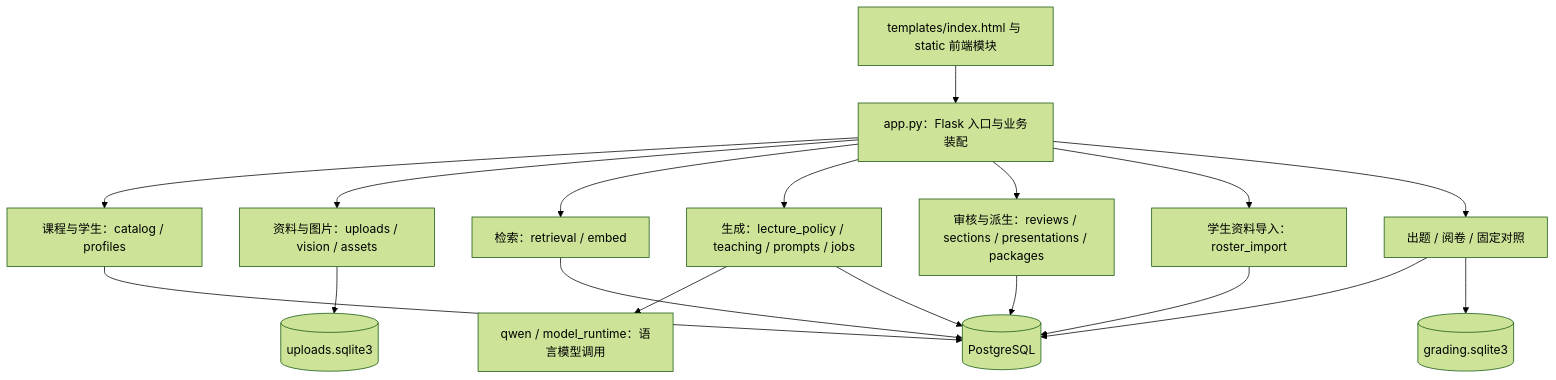
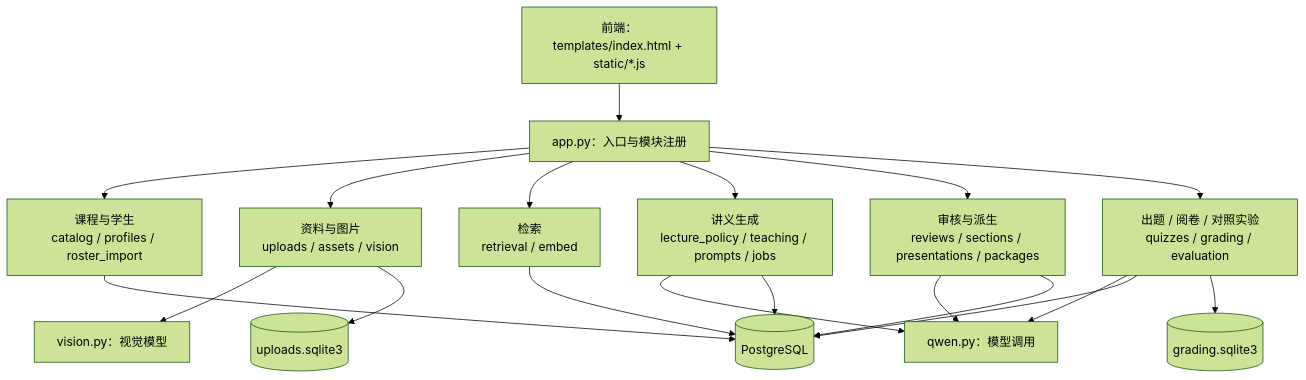
One commit to qweasdqwe11113-crypto/Personalized-lecture-notes changed the first of 5 diagrams in project_map.md. Above: the diagram before and after it, drawn with Mermaid (forest theme). The commit also changed other lines of this file and 9 other files, not shown here.

First line of the commit message:
精简文档：重写 README 与 project_map，细节移入 docs/features.md，修复图表语法

````diff
--- a/project_map.md
+++ b/project_map.md
@@ -9,20 +9,21 @@
 ```mermaid
 flowchart TD
-    UI[templates/index.html 与 static 前端模块] --> APP[app.py：Flask 入口与业务装配]
-    APP --> CT[课程与学生：catalog / profiles]
-    APP --> UP[资料与图片：uploads / vision / assets]
-    APP --> RT[检索：retrieval / embed]
-    APP --> GEN[生成：lecture_policy / teaching / prompts / jobs]
-    GEN --> LLM[qwen / model_runtime：语言模型调用]
-    APP --> OUT[审核与派生：reviews / sections / presentations / packages]
-    APP --> IMP[学生资料导入：roster_import]
-    IMP --> PG
-    APP --> EXT[出题 / 阅卷 / 固定对照]
-    CT --> PG[(PostgreSQL)]
+    UI["前端：templates/index.html + static/*.js"] --> APP["app.py：入口与模块注册"]
+    APP --> CT["课程与学生<br/>catalog / profiles / roster_import"]
+    APP --> UP["资料与图片<br/>uploads / assets / vision"]
+    APP --> RT["检索<br/>retrieval / embed"]
+    APP --> GEN["讲义生成<br/>lecture_policy / teaching / prompts / jobs"]
+    APP --> OUT["审核与派生<br/>reviews / sections / presentations / packages"]
+    APP --> EXT["出题 / 阅卷 / 对照实验<br/>quizzes / grading / evaluation"]
+    GEN --> LLM["qwen.py：模型调用"]
+    OUT --> LLM
+    EXT --> LLM
+    UP --> VLM["vision.py：视觉模型"]
+    CT --> PG[("PostgreSQL")]
     RT --> PG
     GEN --> PG
     OUT --> PG
-    UP --> UDB[(uploads.sqlite3)]
     EXT --> PG
-    EXT --> GDB[(grading.sqlite3)]
+    UP --> USQ[("uploads.sqlite3")]
+    EXT --> GSQ[("grading.sqlite3")]
 ```
````
